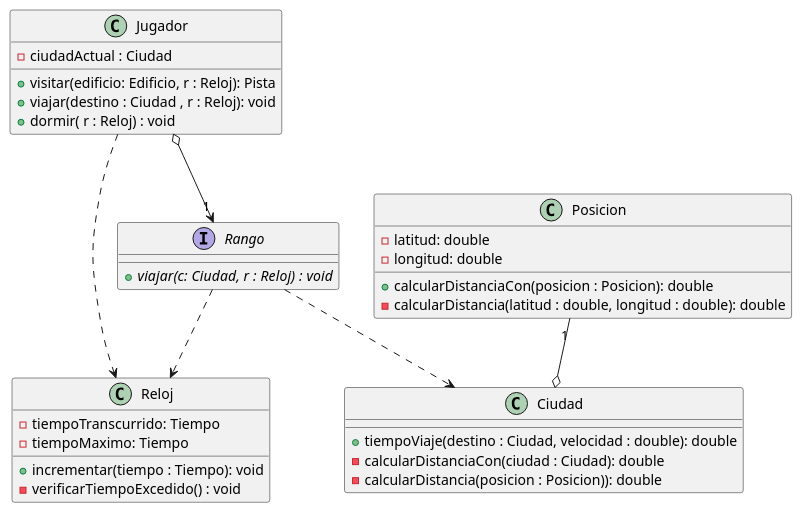
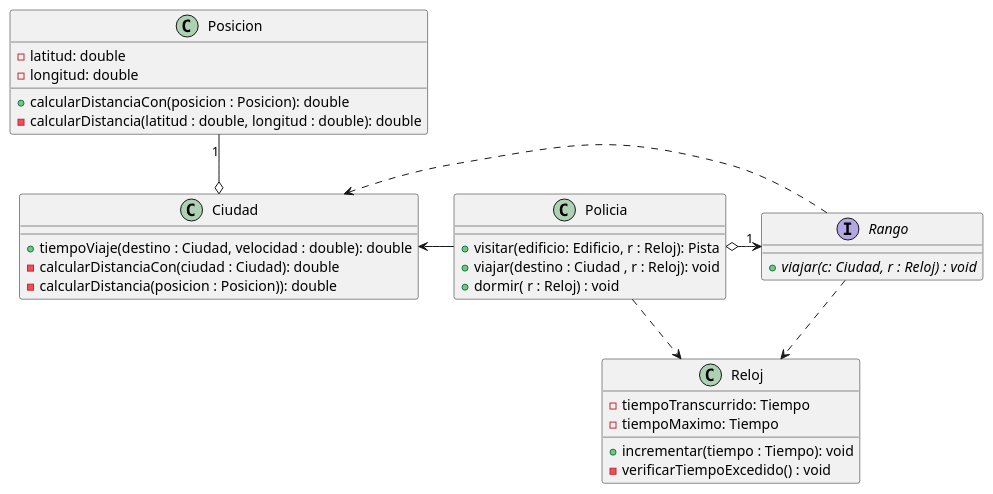
Before and after one commit to martinanus/algo3_tp2: the diagram in diagrams/classes/diagrama_clases_viaje.puml, drawn with PlantUML. The commit also changed 4 other files, not shown here.

Commit message:
Se actualizan diagramas UML

```diff
--- a/diagrams/classes/diagrama_clases_viaje.puml
+++ b/diagrams/classes/diagrama_clases_viaje.puml
@@ -1,41 +1,41 @@
 @startuml
 
-Jugador o--> "1" Rango
-Jugador ..> Reloj
-Rango ..> Reloj
-Rango ..> Ciudad
+Policia -up> Ciudad
+Policia o-> "1" Rango
+Policia ..> Reloj
+Rango .> Reloj
+Rango .> Ciudad
 Posicion "1" --o Ciudad
 
 
 interface Rango {
     {abstract} + viajar(c: Ciudad,  r : Reloj) : void
 }
 
-class Jugador {
-    - ciudadActual : Ciudad
+class Policia {
     + visitar(edificio: Edificio, r : Reloj): Pista
     + viajar(destino : Ciudad , r : Reloj): void
     + dormir( r : Reloj) : void
 }
 
 class Ciudad {
     + tiempoViaje(destino : Ciudad, velocidad : double): double
     - calcularDistanciaCon(ciudad : Ciudad): double
     - calcularDistancia(posicion : Posicion)): double
 }
 
 class Posicion {
     - latitud: double
     - longitud: double
     + calcularDistanciaCon(posicion : Posicion): double
     - calcularDistancia(latitud : double, longitud : double): double
 }
 
 class Reloj{
     - tiempoTranscurrido: Tiempo
     - tiempoMaximo: Tiempo
     + incrementar(tiempo : Tiempo): void
     - verificarTiempoExcedido() : void
 }
 
 @enduml
```
